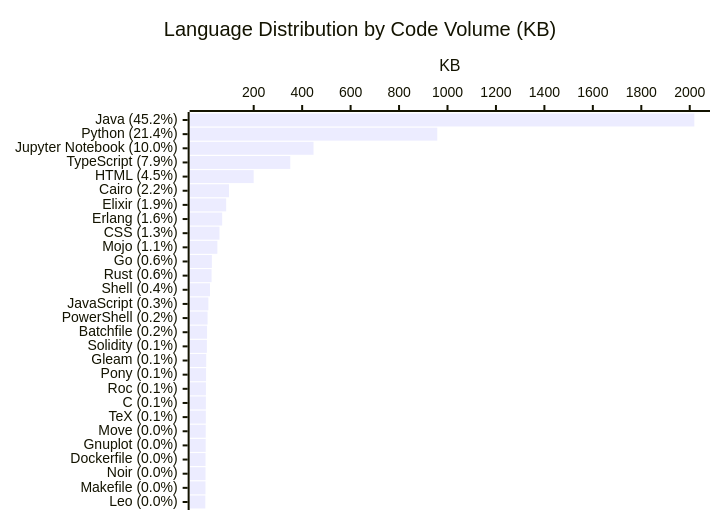
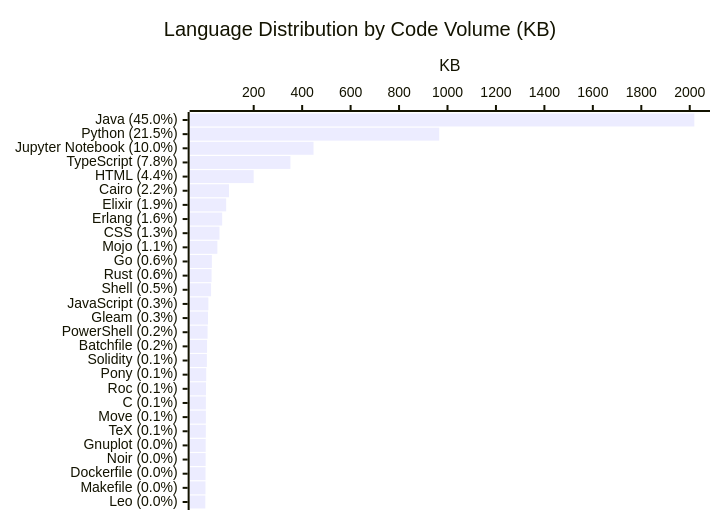
Before and after one commit to KathiraveluLab/.github: the diagram in profile/README.md, drawn with Mermaid. The commit also changed other lines of this file and 1 other file, not shown here.

````diff
--- a/profile/README.md
+++ b/profile/README.md
@@ -64,7 +64,7 @@
 ```mermaid
 xychart-beta horizontal
     title "Language Distribution by Code Volume (KB)"
-    x-axis ["Java (45.2%)", "Python (21.4%)", "Jupyter Notebook (10.0%)", "TypeScript (7.9%)", "HTML (4.5%)", "Cairo (2.2%)", "Elixir (1.9%)", "Erlang (1.6%)", "CSS (1.3%)", "Mojo (1.1%)", "Go (0.6%)", "Rust (0.6%)", "Shell (0.4%)", "JavaScript (0.3%)", "PowerShell (0.2%)", "Batchfile (0.2%)", "Solidity (0.1%)", "Gleam (0.1%)", "Pony (0.1%)", "Roc (0.1%)", "C (0.1%)", "TeX (0.1%)", "Move (0.0%)", "Gnuplot (0.0%)", "Dockerfile (0.0%)", "Noir (0.0%)", "Makefile (0.0%)", "Leo (0.0%)"]
+    x-axis ["Java (45.0%)", "Python (21.5%)", "Jupyter Notebook (10.0%)", "TypeScript (7.8%)", "HTML (4.4%)", "Cairo (2.2%)", "Elixir (1.9%)", "Erlang (1.6%)", "CSS (1.3%)", "Mojo (1.1%)", "Go (0.6%)", "Rust (0.6%)", "Shell (0.5%)", "JavaScript (0.3%)", "Gleam (0.3%)", "PowerShell (0.2%)", "Batchfile (0.2%)", "Solidity (0.1%)", "Pony (0.1%)", "Roc (0.1%)", "C (0.1%)", "Move (0.1%)", "TeX (0.1%)", "Gnuplot (0.0%)", "Noir (0.0%)", "Dockerfile (0.0%)", "Makefile (0.0%)", "Leo (0.0%)"]
     y-axis "KB"
-    bar [2018.87, 957.73, 446.9, 351.02, 199.85, 97.83, 86.29, 69.74, 58.73, 49.94, 27.33, 26.08, 19.77, 12.8, 9.6, 7.42, 6.65, 3.97, 3.39, 2.85, 2.58, 2.29, 1.9, 1.82, 1.17, 1.03, 0.99, 0.27]
+    bar [2018.87, 965.73, 446.9, 351.5, 199.85, 98.07, 86.29, 69.74, 58.73, 49.94, 27.33, 26.08, 23.99, 12.8, 11.49, 9.6, 7.42, 6.65, 3.92, 3.24, 2.58, 2.45, 2.29, 1.82, 1.42, 1.17, 0.99, 0.27]
 ```
````
